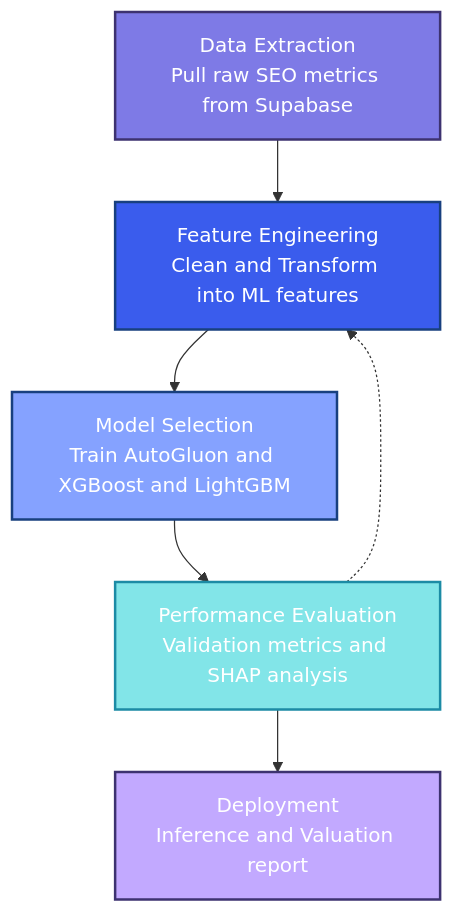
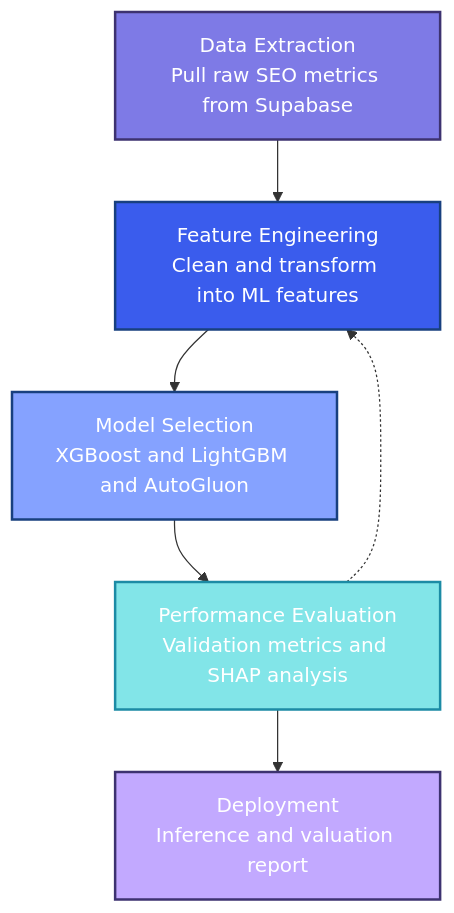
The diagram in README.md (vytautas-bunevicius/backlink-pricing-model), drawn with Mermaid before and after one commit. The commit also changed other lines of this file, not shown here.

````diff
--- a/README.md
+++ b/README.md
@@ -11,26 +23,26 @@
 ```mermaid
 flowchart TD
     S1["Data Extraction<br>Pull raw SEO metrics from Supabase"]
-    S2["Feature Engineering<br>Clean and Transform into ML features"]
-    S3["Model Selection<br>Train AutoGluon and XGBoost and LightGBM"]
+    S2["Feature Engineering<br>Clean and transform into ML features"]
+    S3["Model Selection<br>XGBoost and LightGBM and AutoGluon"]
     S4["Performance Evaluation<br>Validation metrics and SHAP analysis"]
-    S5["Deployment<br>Inference and Valuation report"]
+    S5["Deployment<br>Inference and valuation report"]
 
     S1 --> S2
     S2 --> S3
     S3 --> S4
     S4 --> S5
     S4 -.-> S2
 
     classDef prepStyle fill:#7E7AE6,stroke:#3D3270,stroke-width:2px,color:#FFFFFF
     classDef analysisStyle fill:#3A5CED,stroke:#18407F,stroke-width:2px,color:#FFFFFF
     classDef decisionStyle fill:#85A2FF,stroke:#18407F,stroke-width:2px,color:#FFFFFF
     classDef validationStyle fill:#82E5E8,stroke:#1C8BA5,stroke-width:2px,color:#FFFFFF
     classDef documentationStyle fill:#C2A9FF,stroke:#3D3270,stroke-width:2px,color:#FFFFFF
 
     class S1 prepStyle
     class S2 analysisStyle
     class S3 decisionStyle
     class S4 validationStyle
     class S5 documentationStyle
 ```
````
